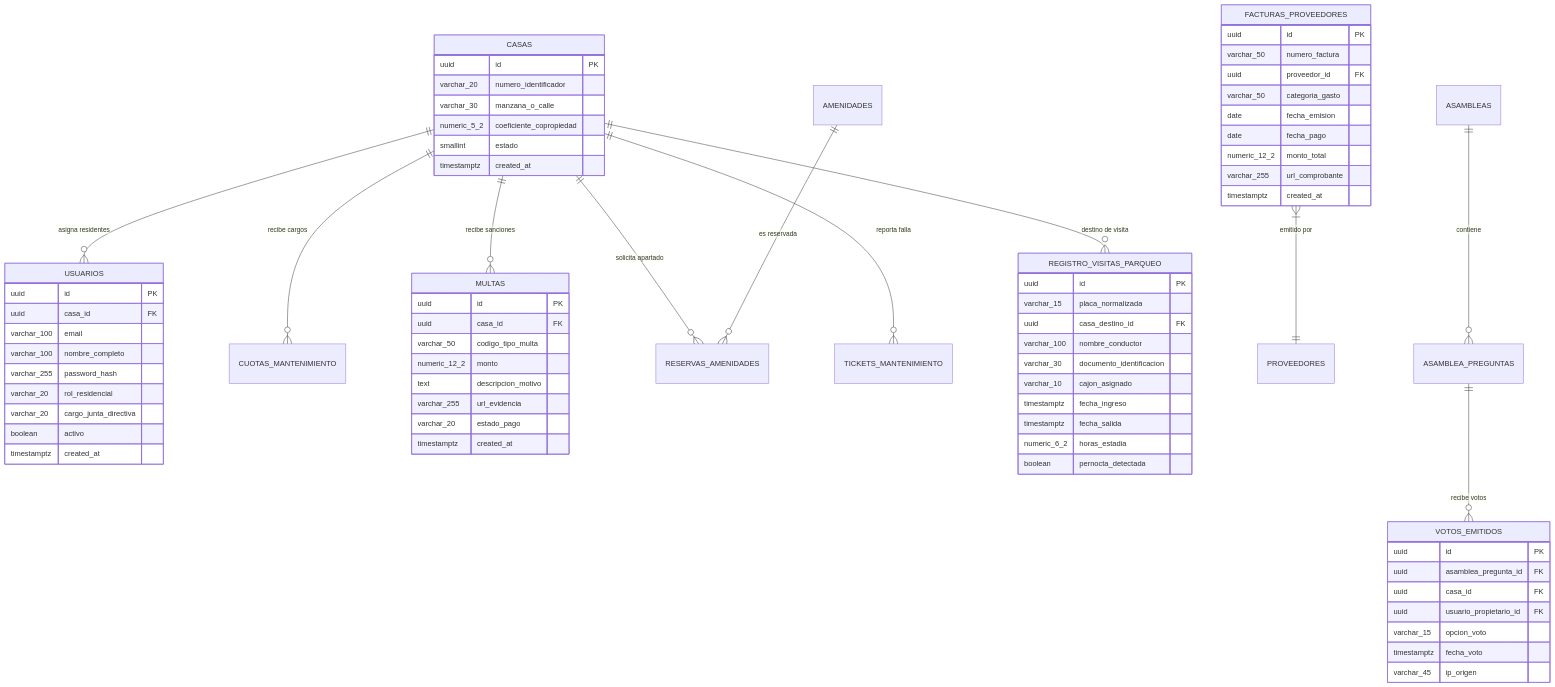
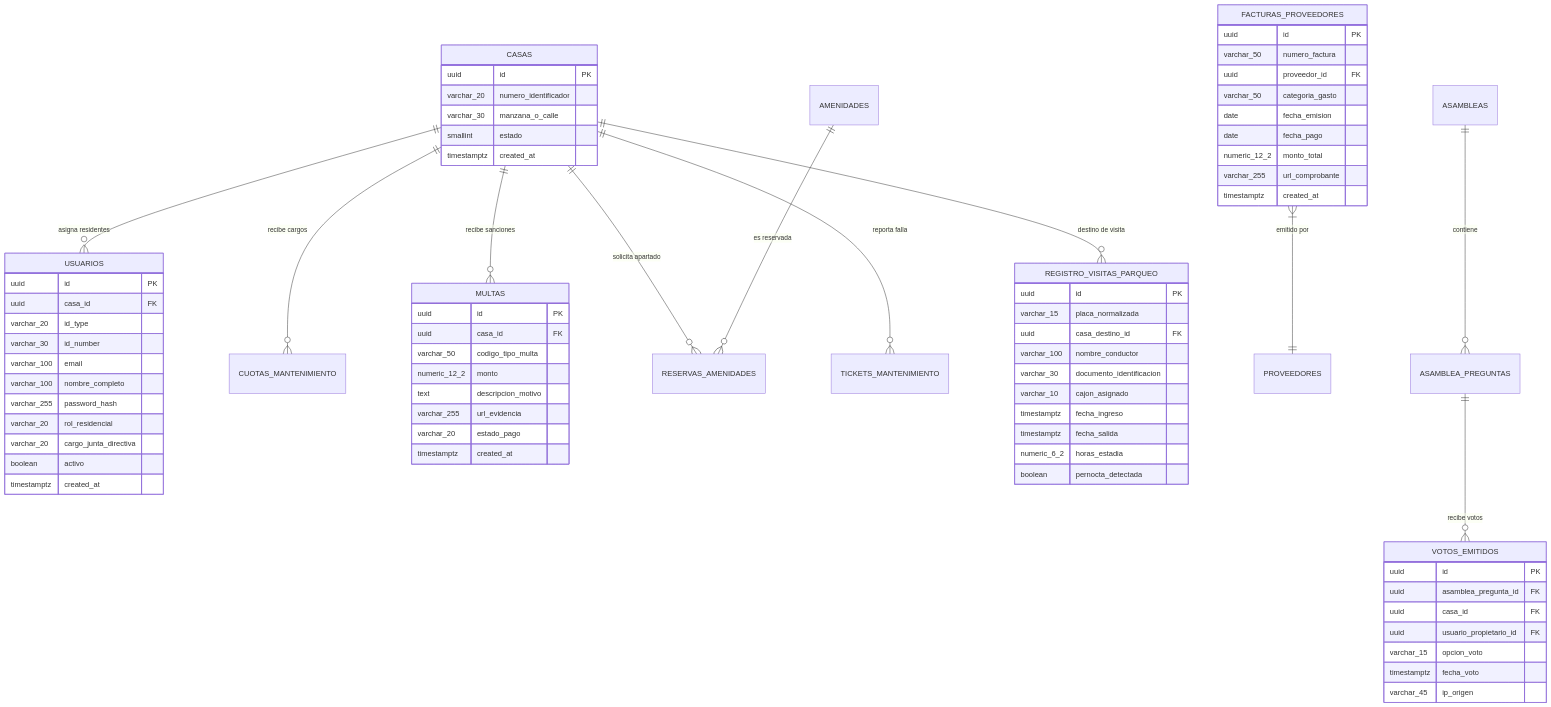
One commit to Crstndfp/residential-management-system changed the fourth of 4 diagrams in docs/01-architecture-design.md. Above: the diagram before and after it, drawn with Mermaid. The commit also changed 8 other files, not shown here.

````diff
--- a/docs/01-architecture-design.md
+++ b/docs/01-architecture-design.md
@@ -174,81 +174,82 @@
 ```mermaid
 erDiagram
     CASAS ||--o{ USUARIOS : "asigna residentes"
     CASAS ||--o{ CUOTAS_MANTENIMIENTO : "recibe cargos"
     CASAS ||--o{ MULTAS : "recibe sanciones"
     CASAS ||--o{ RESERVAS_AMENIDADES : "solicita apartado"
     CASAS ||--o{ TICKETS_MANTENIMIENTO : "reporta falla"
     CASAS ||--o{ REGISTRO_VISITAS_PARQUEO : "destino de visita"
     
     FACTURAS_PROVEEDORES }|--|| PROVEEDORES : "emitido por"
     AMENIDADES ||--o{ RESERVAS_AMENIDADES : "es reservada"
     ASAMBLEAS ||--o{ ASAMBLEA_PREGUNTAS : "contiene"
     ASAMBLEA_PREGUNTAS ||--o{ VOTOS_EMITIDOS : "recibe votos"
 
     CASAS {
         uuid id PK
         varchar_20 numero_identificador
         varchar_30 manzana_o_calle
-        numeric_5_2 coeficiente_copropiedad
         smallint estado
         timestamptz created_at
     }
 
     USUARIOS {
         uuid id PK
         uuid casa_id FK
+        varchar_20 id_type
+        varchar_30 id_number
         varchar_100 email
         varchar_100 nombre_completo
         varchar_255 password_hash
         varchar_20 rol_residencial
         varchar_20 cargo_junta_directiva
         boolean activo
         timestamptz created_at
     }
 
     FACTURAS_PROVEEDORES {
         uuid id PK
         varchar_50 numero_factura
         uuid proveedor_id FK
         varchar_50 categoria_gasto
         date fecha_emision
         date fecha_pago
         numeric_12_2 monto_total
         varchar_255 url_comprobante
         timestamptz created_at
     }
 
     MULTAS {
         uuid id PK
         uuid casa_id FK
         varchar_50 codigo_tipo_multa
         numeric_12_2 monto
         text descripcion_motivo
         varchar_255 url_evidencia
         varchar_20 estado_pago
         timestamptz created_at
     }
 
     REGISTRO_VISITAS_PARQUEO {
         uuid id PK
         varchar_15 placa_normalizada
         uuid casa_destino_id FK
         varchar_100 nombre_conductor
         varchar_30 documento_identificacion
         varchar_10 cajon_asignado
         timestamptz fecha_ingreso
         timestamptz fecha_salida
         numeric_6_2 horas_estadia
         boolean pernocta_detectada
     }
 
     VOTOS_EMITIDOS {
         uuid id PK
         uuid asamblea_pregunta_id FK
         uuid casa_id FK
         uuid usuario_propietario_id FK
         varchar_15 opcion_voto
         timestamptz fecha_voto
         varchar_45 ip_origen
     }
 ```
````
